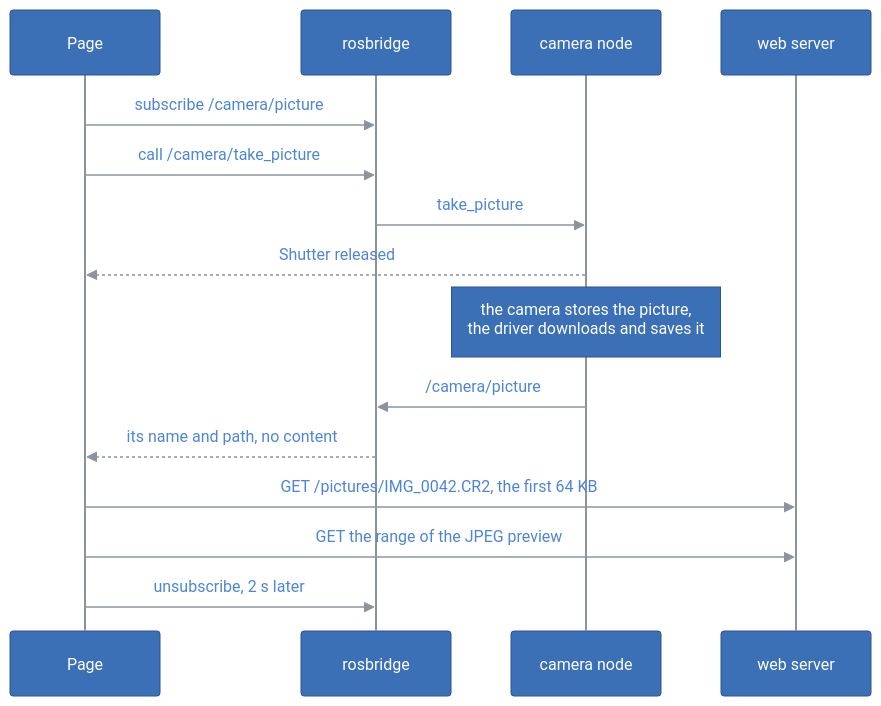
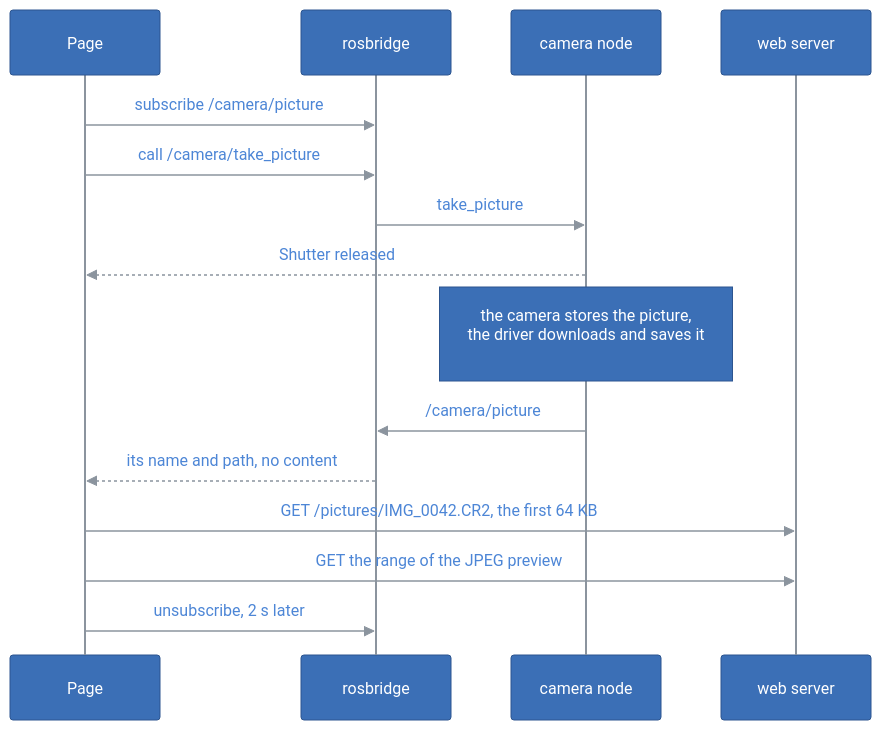
The second of 2 diagrams in docs/WEB_PAGE.md (kineticsystem/stepit-camera), drawn with Mermaid before and after one commit. The commit also changed other lines of this file and 1 other file, not shown here.

Commit message:
Leave room around every text in the diagrams
The labels on the arrows, the opt tag and the notes of the sequence
diagrams no longer touch the edges of their boxes: the labels get CSS
padding, which mermaid measures, and the tag and the notes are larger.

````diff
--- a/docs/WEB_PAGE.md
+++ b/docs/WEB_PAGE.md
@@ -141,68 +144,71 @@
 ```mermaid
 ---
 config:
   theme: base
+  themeCSS: ".edgeLabel p { padding: 4px 10px; }"
   flowchart:
     padding: 20
     nodeSpacing: 40
     rankSpacing: 50
   class:
     padding: 16
   sequence:
     boxMargin: 12
     boxTextMargin: 8
-    noteMargin: 16
+    noteMargin: 28
     messageMargin: 40
     actorMargin: 60
+    labelBoxWidth: 56
+    labelBoxHeight: 28
   themeVariables:
     primaryColor: "#3b6fb6"
     primaryTextColor: "#ffffff"
     primaryBorderColor: "#2c5590"
     lineColor: "#8b949e"
     textColor: "#4d86d6"
     actorBkg: "#3b6fb6"
     actorBorder: "#2c5590"
     actorTextColor: "#ffffff"
     actorLineColor: "#8b949e"
     signalColor: "#8b949e"
     signalTextColor: "#4d86d6"
     noteBkgColor: "#3b6fb6"
     noteTextColor: "#ffffff"
     noteBorderColor: "#2c5590"
     secondaryColor: "#3b6fb6"
     tertiaryColor: "#3b6fb6"
     clusterBkg: "transparent"
     clusterBorder: "#8b949e"
     titleColor: "#4d86d6"
     edgeLabelBackground: "#3b6fb6"
     classText: "#ffffff"
     labelBoxBkgColor: "#3b6fb6"
     labelBoxBorderColor: "#2c5590"
     labelTextColor: "#ffffff"
     loopTextColor: "#4d86d6"
     mainBkg: "#3b6fb6"
     nodeBorder: "#2c5590"
     nodeTextColor: "#ffffff"
     secondaryBorderColor: "#2c5590"
     secondaryTextColor: "#ffffff"
     tertiaryBorderColor: "#2c5590"
     tertiaryTextColor: "#ffffff"
     errorBkgColor: "#3b6fb6"
     errorTextColor: "#ffffff"
 ---
 sequenceDiagram
     participant UI as Page
     participant Bridge as rosbridge
     participant Node as camera node
     participant Web as web server
     UI->>Bridge: subscribe /camera/picture
     UI->>Bridge: call /camera/take_picture
     Bridge->>Node: take_picture
     Node-->>UI: Shutter released
     Note over Node: the camera stores the picture,<br/>the driver downloads and saves it
     Node->>Bridge: /camera/picture
     Bridge-->>UI: its name and path, no content
     UI->>Web: GET /pictures/IMG_0042.CR2, the first 64 KB
     UI->>Web: GET the range of the JPEG preview
     UI->>Bridge: unsubscribe, 2 s later
 ```
````
